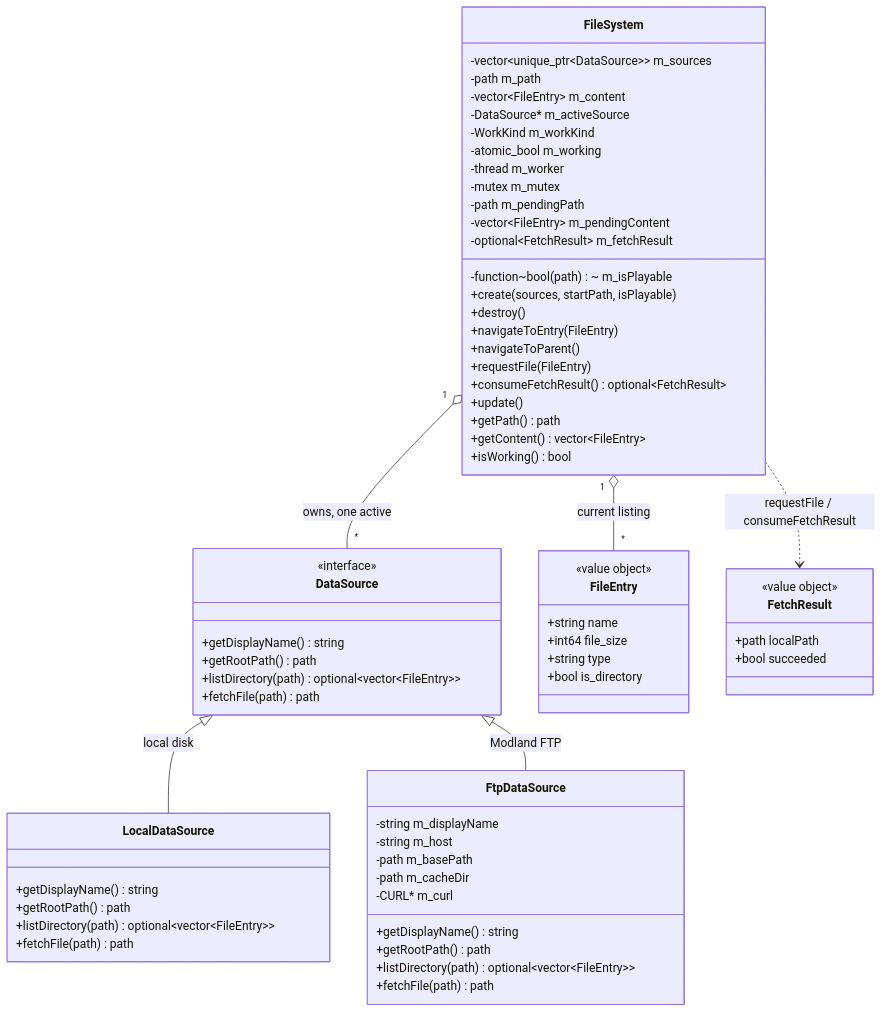
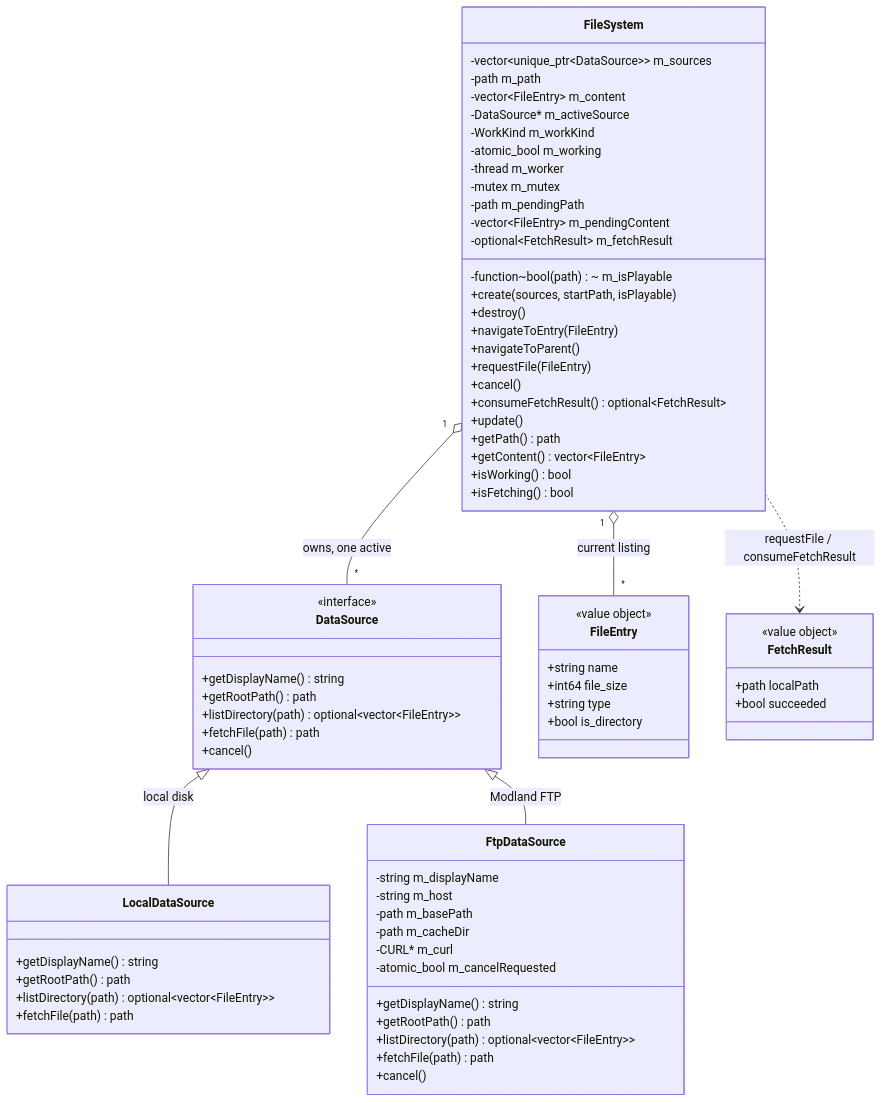
The diagram in docs/filesystem.md (notnotme/osp2), drawn with Mermaid before and after one commit. The commit also changed other lines of this file and 15 other files, not shown here.

````diff
--- a/docs/filesystem.md
+++ b/docs/filesystem.md
@@ -13,74 +13,79 @@
 ```mermaid
 classDiagram
     class DataSource {
         <<interface>>
         +getDisplayName() string
         +getRootPath() path
         +listDirectory(path) optional~vector~FileEntry~~
         +fetchFile(path) path
+        +cancel()
     }
 
     class LocalDataSource {
         +getDisplayName() string
         +getRootPath() path
         +listDirectory(path) optional~vector~FileEntry~~
         +fetchFile(path) path
     }
 
     class FtpDataSource {
         -string m_displayName
         -string m_host
         -path m_basePath
         -path m_cacheDir
         -CURL* m_curl
+        -atomic_bool m_cancelRequested
         +getDisplayName() string
         +getRootPath() path
         +listDirectory(path) optional~vector~FileEntry~~
         +fetchFile(path) path
+        +cancel()
     }
 
     class FileSystem {
         -vector~unique_ptr~DataSource~~ m_sources
         -function~bool(path)~ m_isPlayable
         -path m_path
         -vector~FileEntry~ m_content
         -DataSource* m_activeSource
         -WorkKind m_workKind
         -atomic_bool m_working
         -thread m_worker
         -mutex m_mutex
         -path m_pendingPath
         -vector~FileEntry~ m_pendingContent
         -optional~FetchResult~ m_fetchResult
         +create(sources, startPath, isPlayable)
         +destroy()
         +navigateToEntry(FileEntry)
         +navigateToParent()
         +requestFile(FileEntry)
+        +cancel()
         +consumeFetchResult() optional~FetchResult~
         +update()
         +getPath() path
         +getContent() vector~FileEntry~
         +isWorking() bool
+        +isFetching() bool
     }
 
     class FileEntry {
         <<value object>>
         +string name
         +int64 file_size
         +string type
         +bool is_directory
     }
 
     class FetchResult {
         <<value object>>
         +path localPath
         +bool succeeded
     }
 
     DataSource <|-- LocalDataSource : local disk
     DataSource <|-- FtpDataSource : Modland FTP
     FileSystem "1" o-- "*" DataSource : owns, one active
     FileSystem "1" o-- "*" FileEntry : current listing
     FileSystem ..> FetchResult : requestFile / consumeFetchResult
 ```
````
